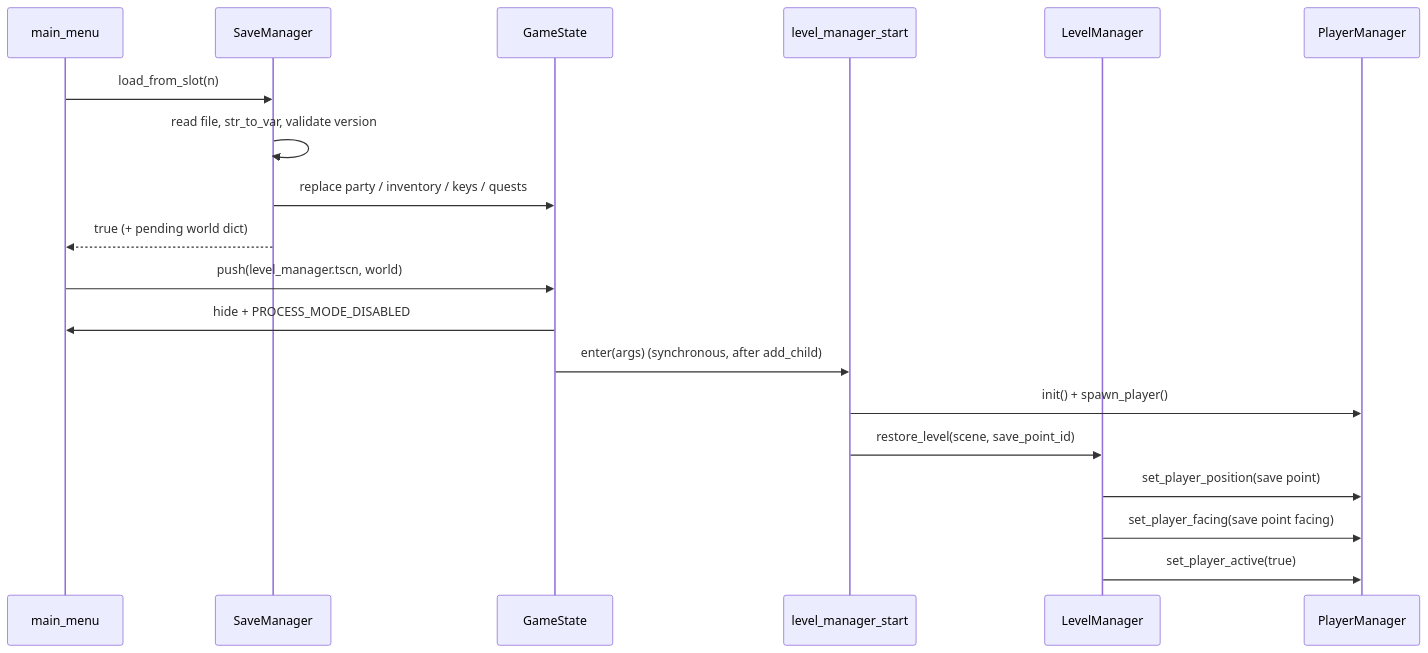
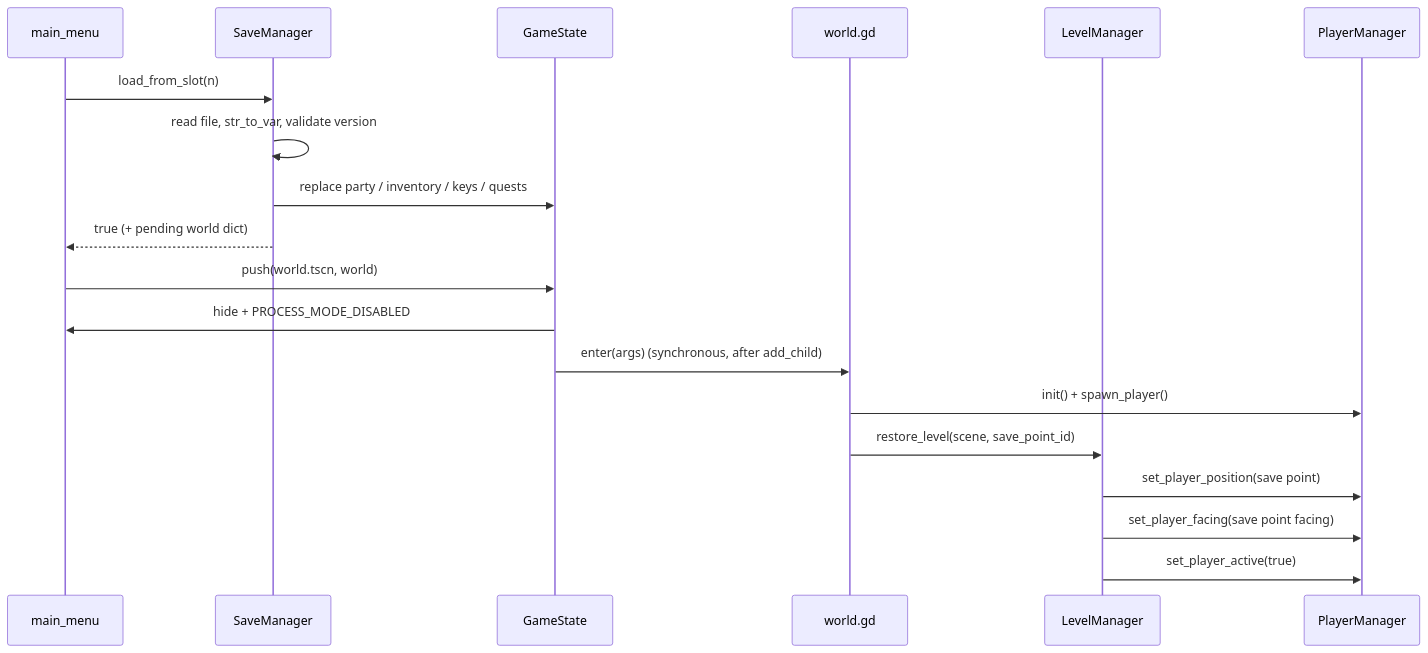
Before and after one commit to Team-Filtert/NeuroGEF: the diagram in doc/save_load_plan.md, drawn with Mermaid. The commit also changed other lines of this file and 5 other files, not shown here.

````diff
--- a/doc/save_load_plan.md
+++ b/doc/save_load_plan.md
@@ -139,22 +140,22 @@
 ```mermaid
 sequenceDiagram
     participant Menu as main_menu
     participant SM as SaveManager
     participant GS as GameState
-    participant W as level_manager_start
+    participant W as world.gd
     participant LM as LevelManager
     participant PM as PlayerManager
 
     Menu->>SM: load_from_slot(n)
     SM->>SM: read file, str_to_var, validate version
     SM->>GS: replace party / inventory / keys / quests
     SM-->>Menu: true (+ pending world dict)
-    Menu->>GS: push(level_manager.tscn, world)
+    Menu->>GS: push(world.tscn, world)
     GS->>Menu: hide + PROCESS_MODE_DISABLED
     GS->>W: enter(args)   (synchronous, after add_child)
     W->>PM: init() + spawn_player()
     W->>LM: restore_level(scene, save_point_id)
     LM->>PM: set_player_position(save point)
     LM->>PM: set_player_facing(save point facing)
     LM->>PM: set_player_active(true)
 ```
````
